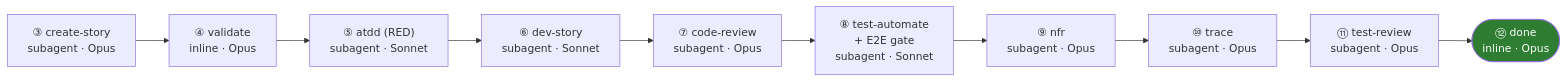
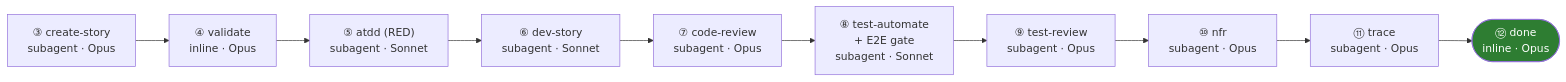
The diagram in .github/agents/README.md (NicoIodice/fishtank), drawn with Mermaid before and after one commit. The commit also changed other lines of this file and 244 other files, not shown here.

````diff
--- a/.github/agents/README.md
+++ b/.github/agents/README.md
@@ -31,13 +31,13 @@
 ```mermaid
 flowchart LR
     A["③ create-story\nsubagent · Opus"] --> B["④ validate\ninline · Opus"]
     B --> C["⑤ atdd (RED)\nsubagent · Sonnet"]
     C --> D["⑥ dev-story\nsubagent · Sonnet"]
     D --> E["⑦ code-review\nsubagent · Opus"]
     E --> F["⑧ test-automate\n+ E2E gate\nsubagent · Sonnet"]
-    F --> G["⑨ nfr\nsubagent · Opus"]
-    G --> H["⑩ trace\nsubagent · Opus"]
-    H --> I["⑪ test-review\nsubagent · Opus"]
+    F --> G["⑨ test-review\nsubagent · Opus"]
+    G --> H["⑩ nfr\nsubagent · Opus"]
+    H --> I["⑪ trace\nsubagent · Opus"]
     I --> J(["⑫ done\ninline · Opus"])
     style J fill:#2e7d32,color:#fff
 ```
````
